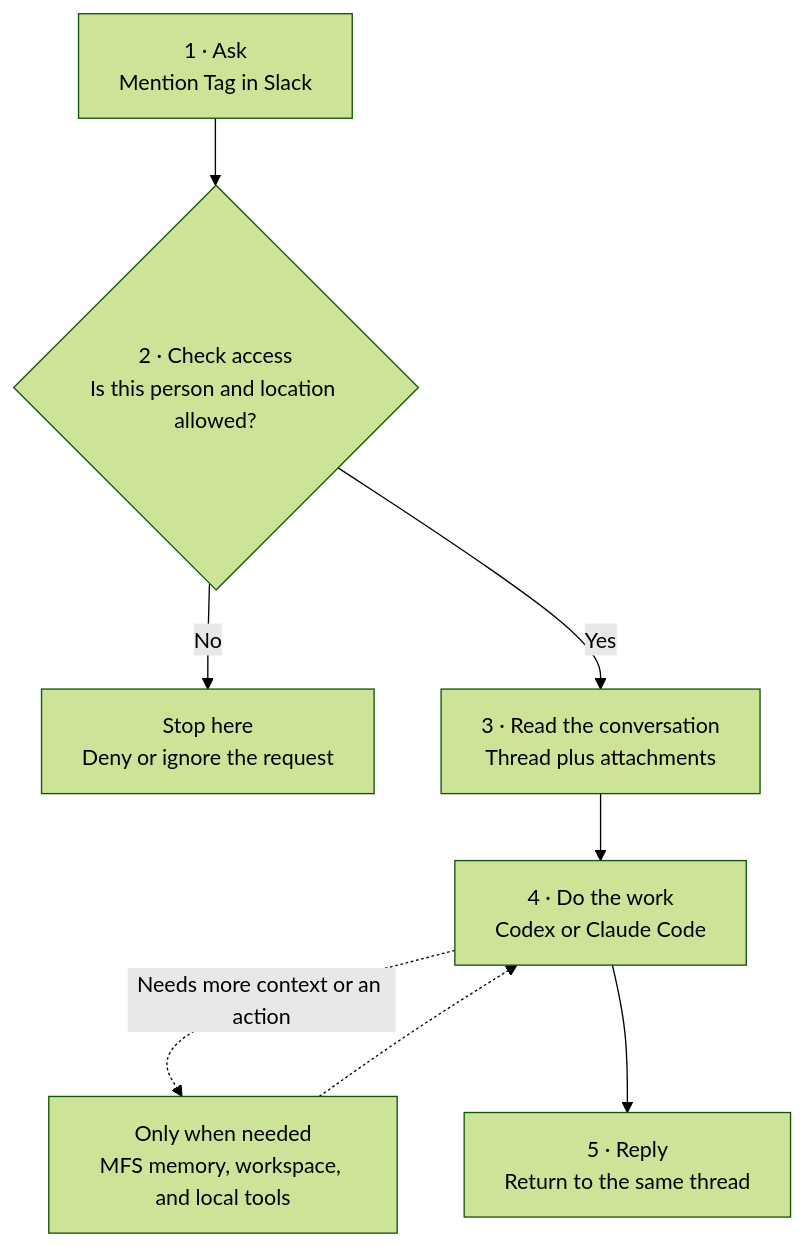
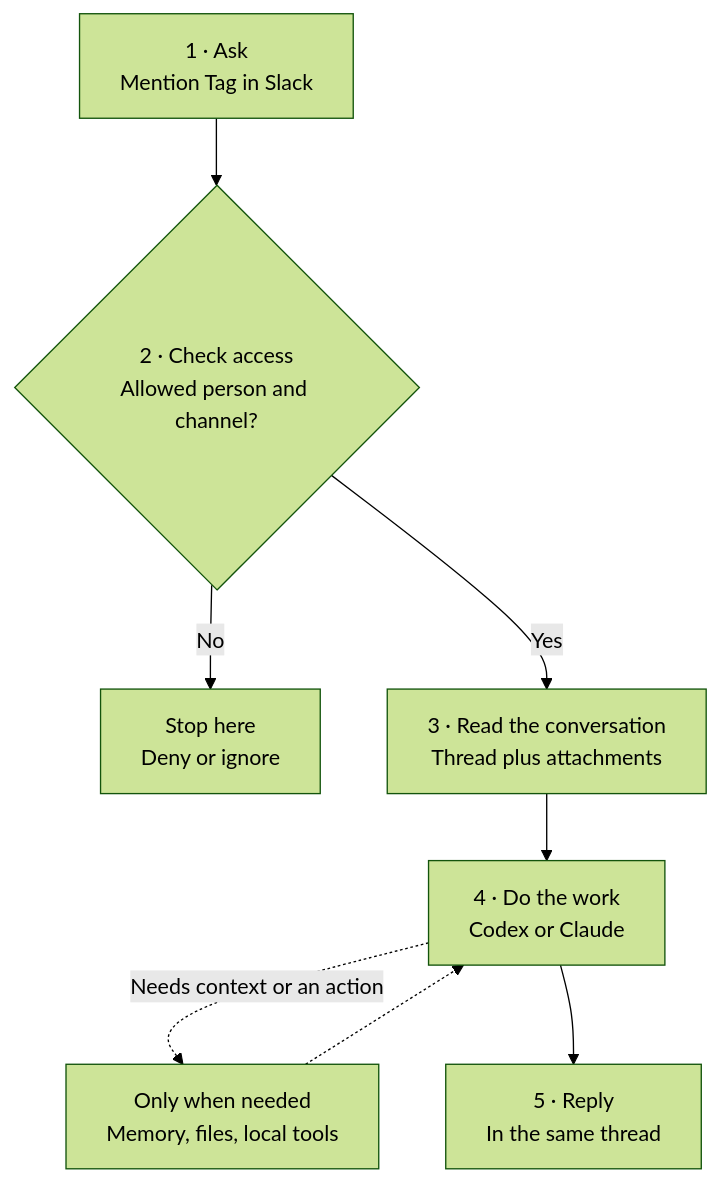
The first of 16 diagrams in docs/user-flows.md (klovr-co/hover-tag), drawn with Mermaid (forest theme) before and after one commit. The commit also changed other lines of this file and 48 other files, not shown here.

````diff
--- a/docs/user-flows.md
+++ b/docs/user-flows.md
@@ -24,18 +24,18 @@
 ```mermaid
 flowchart TD
     Ask["1 · Ask<br/>Mention Tag in Slack"]
-    Gate{"2 · Check access<br/>Is this person and location allowed?"}
-    Stop["Stop here<br/>Deny or ignore the request"]
+    Gate{"2 · Check access<br/>Allowed person and channel?"}
+    Stop["Stop here<br/>Deny or ignore"]
     Context["3 · Read the conversation<br/>Thread plus attachments"]
-    Brain["4 · Do the work<br/>Codex or Claude Code"]
-    Extra["Only when needed<br/>MFS memory, workspace, and local tools"]
-    Reply["5 · Reply<br/>Return to the same thread"]
+    Brain["4 · Do the work<br/>Codex or Claude"]
+    Extra["Only when needed<br/>Memory, files, local tools"]
+    Reply["5 · Reply<br/>In the same thread"]
 
     Ask --> Gate
     Gate -->|No| Stop
     Gate -->|Yes| Context
     Context --> Brain
-    Brain -.->|Needs more context or an action| Extra
+    Brain -.->|Needs context or an action| Extra
     Extra -.-> Brain
     Brain --> Reply
 ```
````
